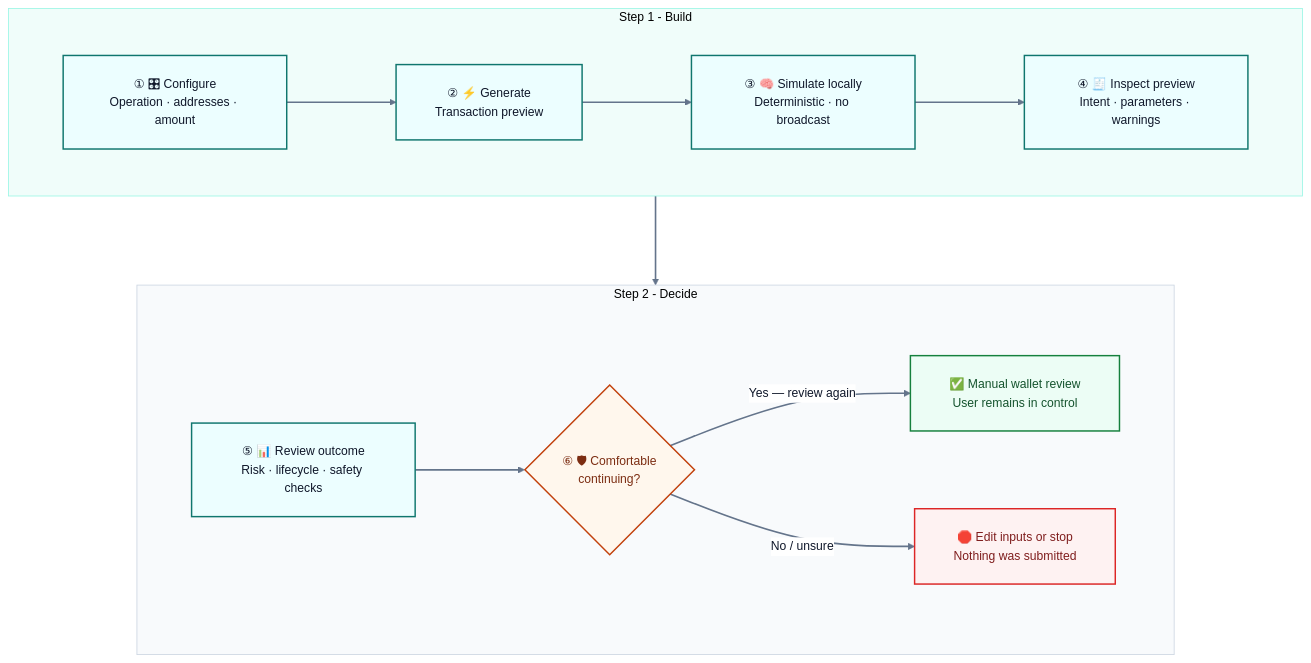
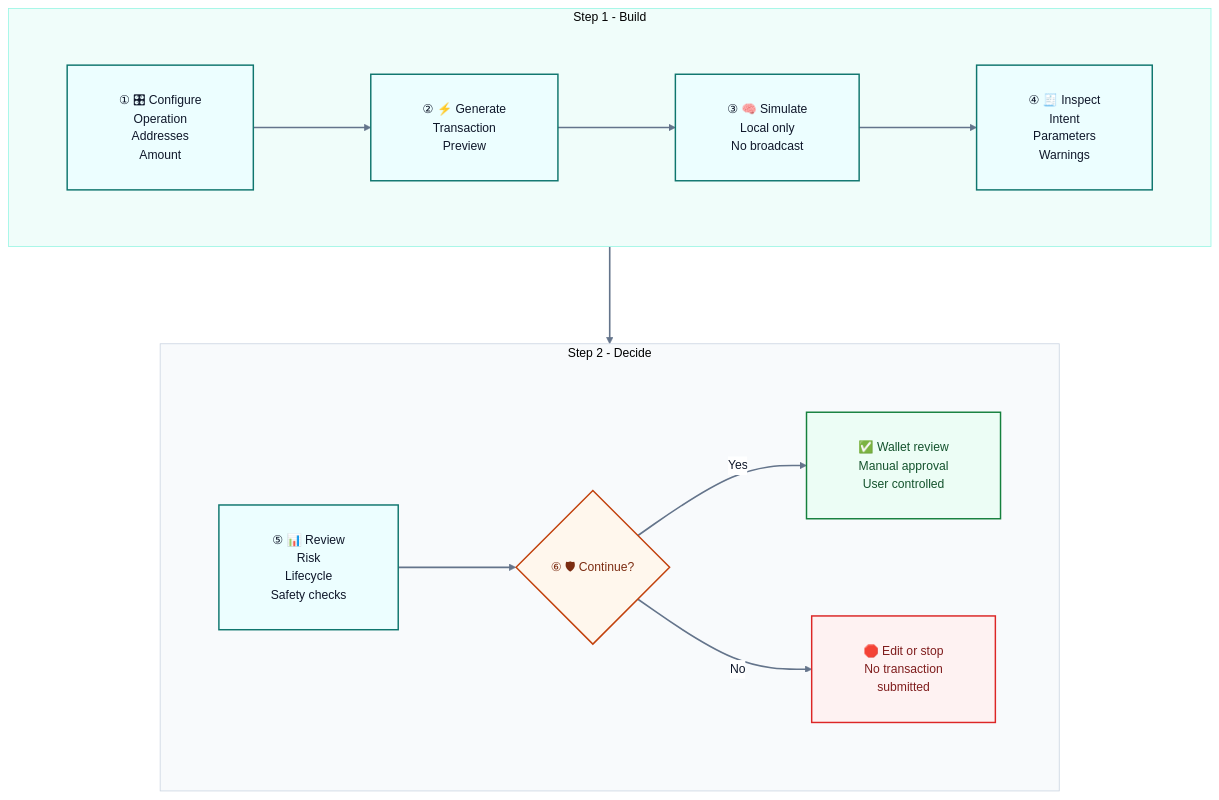
One commit to sunshineluyao/Moss-Mcp-Transaction changed the first of 8 diagrams in README.md. Above: the diagram before and after it, drawn with Mermaid. The commit also changed other lines of this file, not shown here.

Commit message:
Improve readability across all Mermaid diagrams

````diff
--- a/README.md
+++ b/README.md
@@ -153,32 +153,32 @@
 ```mermaid
-%%{init: {'theme':'base','flowchart': {'htmlLabels': true, 'nodeSpacing': 96, 'rankSpacing': 110, 'curve': 'basis', 'padding': 24, 'wrappingWidth': 180},'themeVariables': {'fontFamily':'Inter, Segoe UI, sans-serif','fontSize':'15px','primaryTextColor':'#0f172a','lineColor':'#64748b','clusterBkg':'#f8fafc','clusterBorder':'#cbd5e1','edgeLabelBackground':'#ffffff','primaryBorderColor':'#2563eb','primaryColor':'#eff6ff'}}}%%
+%%{init: {'theme':'base','flowchart': {'htmlLabels': true, 'nodeSpacing': 120, 'rankSpacing': 120, 'curve': 'basis', 'padding': 32, 'diagramPadding': 24, 'wrappingWidth': 260},'themeVariables': {'fontFamily':'Inter, Segoe UI, sans-serif','fontSize':'15px','primaryTextColor':'#0f172a','lineColor':'#64748b','clusterBkg':'#f8fafc','clusterBorder':'#cbd5e1','edgeLabelBackground':'#ffffff','primaryBorderColor':'#2563eb','primaryColor':'#eff6ff'}}}%%
 flowchart TB
   subgraph R1[Step 1 - Build]
     direction LR
-    A["① 🎛 Configure<br/>Operation · addresses · amount"] --> B["② ⚡ Generate<br/>Transaction preview"]
-    B --> C["③ 🧠 Simulate locally<br/>Deterministic · no broadcast"]
-    C --> D["④ 🧾 Inspect preview<br/>Intent · parameters · warnings"]
+    A["① 🎛 Configure<br/>Operation<br/>Addresses<br/>Amount"] --> B["② ⚡ Generate<br/>Transaction<br/>Preview"]
+    B --> C["③ 🧠 Simulate<br/>Local only<br/>No broadcast"]
+    C --> D["④ 🧾 Inspect<br/>Intent<br/>Parameters<br/>Warnings"]
   end
 
   subgraph R2[Step 2 - Decide]
     direction LR
-    E["⑤ 📊 Review outcome<br/>Risk · lifecycle · safety checks"] --> F{"⑥ 🛡 Comfortable<br/>continuing?"}
-    F -->|Yes — review again| G["✅ Manual wallet review<br/>User remains in control"]
-    F -->|No / unsure| H["🛑 Edit inputs or stop<br/>Nothing was submitted"]
+    E["⑤ 📊 Review<br/>Risk<br/>Lifecycle<br/>Safety checks"] --> F{"⑥ 🛡 Continue?"}
+    F -->|Yes| G["✅ Wallet review<br/>Manual approval<br/>User controlled"]
+    F -->|No| H["🛑 Edit or stop<br/>No transaction<br/>submitted"]
   end
 
   D --> E
 
   classDef main fill:#ecfeff,stroke:#0f766e,stroke-width:1.8px,color:#0f172a;
   classDef decision fill:#fff7ed,stroke:#c2410c,stroke-width:1.8px,color:#7c2d12;
   classDef success fill:#ecfdf5,stroke:#15803d,stroke-width:1.8px,color:#14532d;
   classDef stop fill:#fef2f2,stroke:#dc2626,stroke-width:1.8px,color:#7f1d1d;
 
   class A,B,C,D,E main;
   class F decision;
   class G success;
   class H stop;
   style R1 fill:#f0fdfa,stroke:#99f6e4,stroke-width:1px
   style R2 fill:#f8fafc,stroke:#cbd5e1,stroke-width:1px
   linkStyle default stroke:#64748b,stroke-width:2px;
 ```
````
